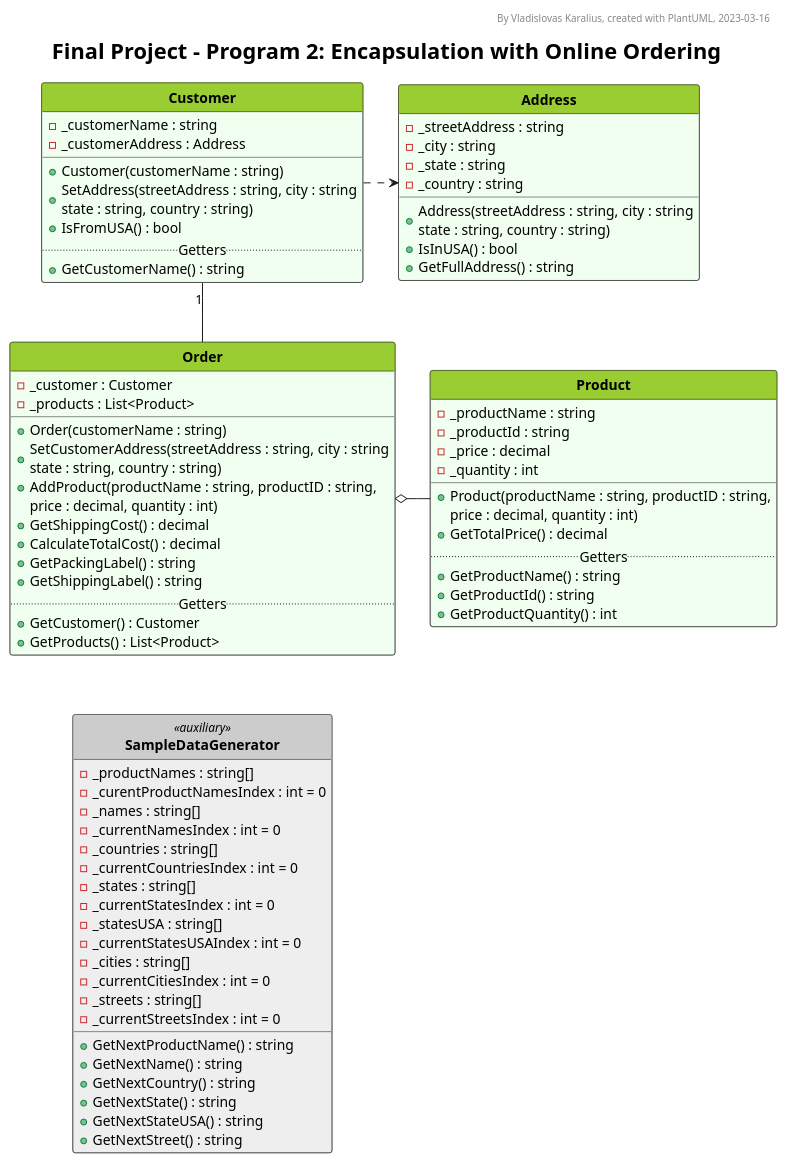
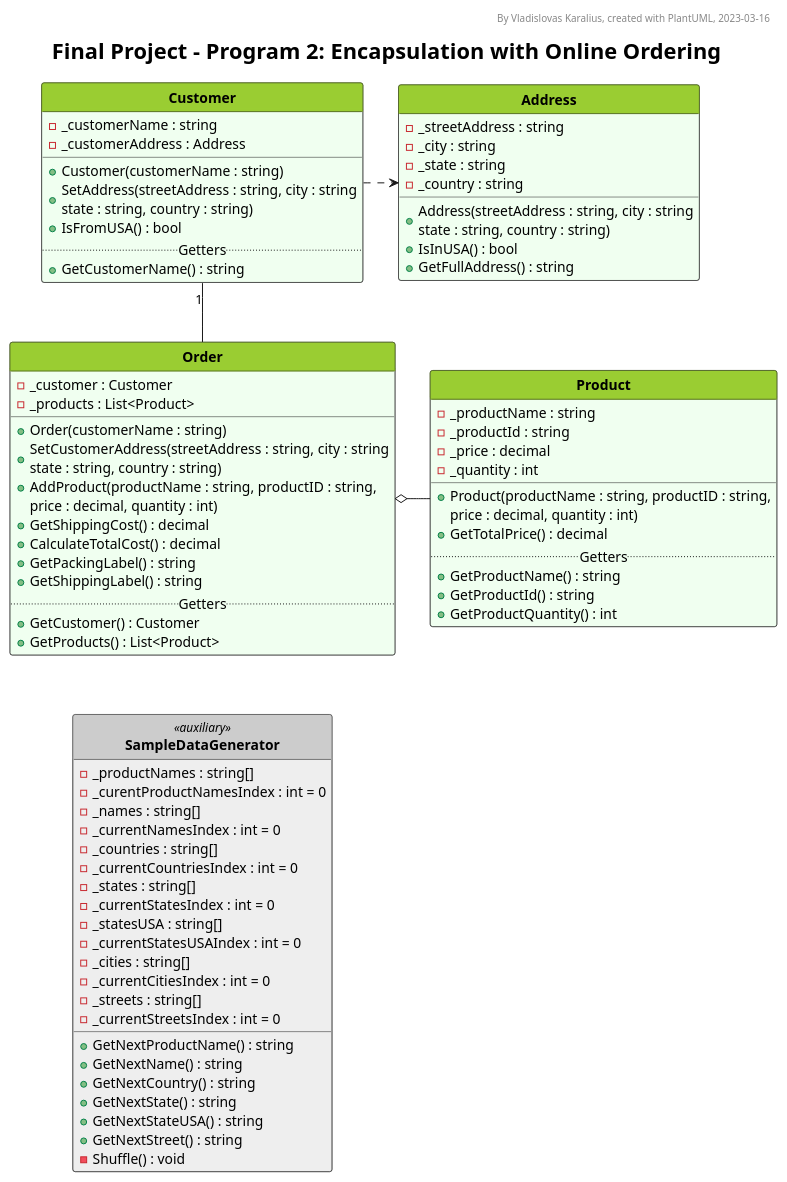
One commit to VladKaralius/cse210-projects changed the diagram in final/Foundation2/UML_diagram.pu. Above: the diagram before and after it, drawn with PlantUML. The commit also changed 4 other files, not shown here.

```diff
--- a/final/Foundation2/UML_diagram.pu
+++ b/final/Foundation2/UML_diagram.pu
@@ -1,170 +1,171 @@
 @startuml UML_diagram
 
 '--Formatting options--
 hide circle
 hide empty members
 'skinparam classAttributeIconSize 0
 skinparam style strictuml
 'skinparam groupInheritance 2
 'skinparam linetype ortho
 'skinparam Nodesep 15
 'skinparam Ranksep 25
 'left to right direction
 
 '--Styling--
 'skinparam BackgroundColor White/LightGreen
 skinparam TitleFontSize 22
 
 <style>
 classDiagram {
   class {
     '-attributes and methods-
     'FontSize 14
     'FontColor black
     'BackgroundColor #fefece
     BackgroundColor #f0fff0
     'RoundCorner 0
     '-class name-
     header {
       'FontSize 12
       'FontColor Black
       FontStyle bold
       BackgroundColor YellowGreen
     }
     
     ' Alternative class style 1
     .style1 {
       BackgroundColor Bisque
       header {
         BackgroundColor Orange
       }
     }
 
     ' Alternative class style 2
     .auxiliary {
       BackgroundColor #eeeeee
       header {
         BackgroundColor #cccccc
       }
     }
   }
   note {
     BackgroundColor Yellow
   }
   legend {
     FontSize 18
   }
 </style>
 
 '--Header, title, caption--
 header By Vladislovas Karalius, created with PlantUML, 2023-03-16
 title Final Project - Program 2: Encapsulation with Online Ordering
 'caption <:warning:>Constructors without parameters are not shown in this diagram
 
 ' Dummy class that explains visibility symbols
 ' class Markers #dddddd {
 ' Attributes
 ' ..
 ' - private
 ' # protected
 ' + public
 ' {static} static
 ' --
 ' Methods
 ' ..
 ' - private()
 ' # protected()
 ' + public()
 ' {static} static()
 ' }
 
 '--Main--
 class Order {
   - _customer : Customer
   - _products : List<Product> 
   __
   + Order(customerName : string)
   + SetCustomerAddress(streetAddress : string, city : string\nstate : string, country : string)
   + AddProduct(productName : string, productID : string,
     price : decimal, quantity : int)
   + GetShippingCost() : decimal
   + CalculateTotalCost() : decimal
   + GetPackingLabel() : string
   + GetShippingLabel() : string
   ..Getters..
   + GetCustomer() : Customer
   + GetProducts() : List<Product>
 }
 
 class Product {
   - _productName : string
   - _productId : string
   - _price : decimal
   - _quantity : int
   __
   + Product(productName : string, productID : string,
     price : decimal, quantity : int)
   + GetTotalPrice() : decimal
   ..Getters..
   + GetProductName() : string
   + GetProductId() : string
   + GetProductQuantity() : int
 }
 
 class Customer {
 - _customerName : string
 - _customerAddress : Address
 __
 + Customer(customerName : string)
 + SetAddress(streetAddress : string, city : string\nstate : string, country : string)
 + IsFromUSA() : bool
 ..Getters..
 + GetCustomerName() : string
 }
 
 class Address {
   - _streetAddress : string
   - _city : string
   - _state : string
   - _country : string
   + Address(streetAddress : string, city : string\nstate : string, country : string)
   + IsInUSA() : bool
   + GetFullAddress() : string
 }
 
 class SampleDataGenerator <<auxiliary>> {
   - _productNames : string[]
   - _curentProductNamesIndex : int = 0
   - _names : string[]
   - _currentNamesIndex : int = 0
   - _countries : string[]
   - _currentCountriesIndex : int = 0
   - _states : string[]
   - _currentStatesIndex : int = 0
   - _statesUSA : string[]
   - _currentStatesUSAIndex : int = 0
   - _cities : string[]
   - _currentCitiesIndex : int = 0
   - _streets : string[]
   - _currentStreetsIndex : int = 0
   + GetNextProductName() : string
   + GetNextName() : string
   + GetNextCountry() : string
   + GetNextState() : string
   + GetNextStateUSA() : string
   + GetNextStreet() : string
+  - Shuffle() : void
 }
 
 Order o- Product
 Customer "1" -- Order
 Customer .> Address
 Order .[hidden]. SampleDataGenerator
 
 '--Description--
 ' legend bottom
 ' <size:22>__**Core Requirements**__
 ' The program has one base class **Activity**. This class contains the attributes and methods
 ' that are common to all activities. Certain functions are put into separate classes as follows:
 ' endlegend
 
 @enduml
```
